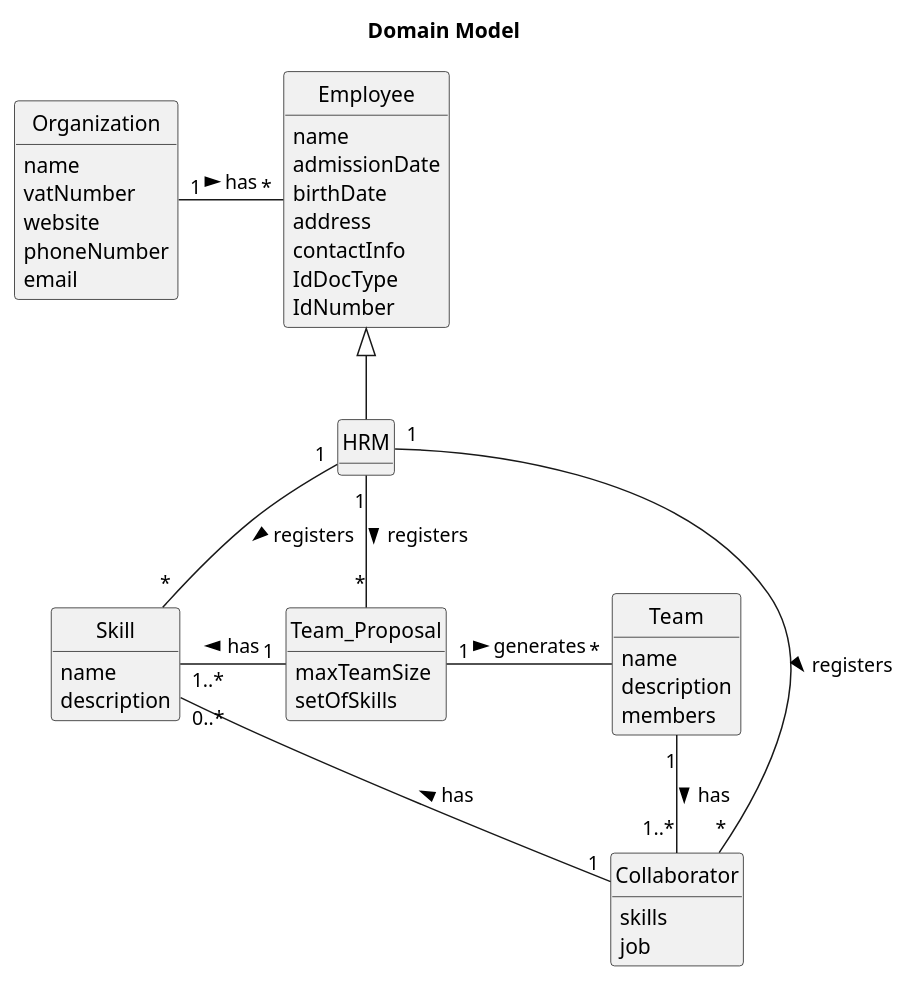
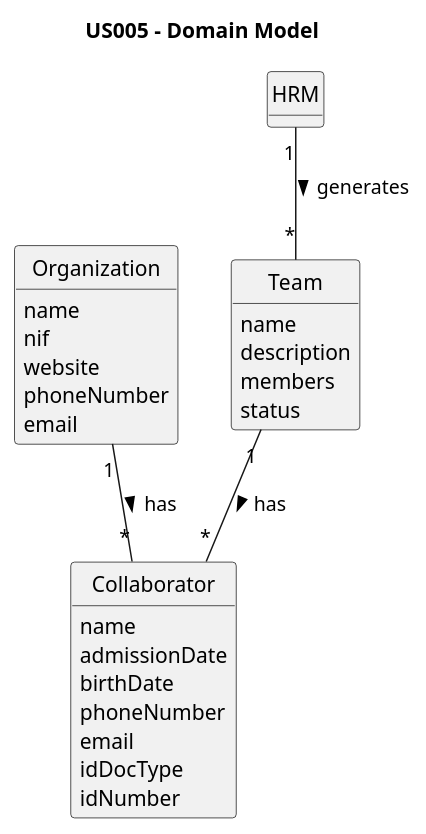
The diagram in docs/sprintA/us005/02.analysis/puml/us005-domain-model.puml (Rui-San/LAPR2_2023_2024), drawn with PlantUML before and after one commit. The commit also changed 3 other files, not shown here.

```diff
--- a/docs/sprintA/us005/02.analysis/puml/us005-domain-model.puml
+++ b/docs/sprintA/us005/02.analysis/puml/us005-domain-model.puml
@@ -1,66 +1,42 @@
 @startuml
 skinparam monochrome true
 skinparam packageStyle rectangle
 skinparam shadowing false
 'skinparam linetype ortho
-'left to right direction
+
+
 skinparam classAttributeIconSize 0
 hide circle
 hide methods
 
-title Domain Model
+title US005 - Domain Model
 
 class Organization {
     name
-    vatNumber
+    nif
     website
     phoneNumber
     email
-}
-
-class Employee {
-    name
-    admissionDate
-    birthDate
-    address
-    contactInfo
-    IdDocType
-    IdNumber
-}
-
-class HRM{
-
-}
-
-class Collaborator{
-    skills
-    job
-}
-
-class Skill{
-    name
-    description
-}
-
-class Team_Proposal{
-    maxTeamSize
-    setOfSkills
 }
 
 class Team{
     name
     description
     members
+    status
 }
 
-Organization "1" --right "*" Employee : "has >"
-HRM --up|> Employee
-HRM "1" -- "*" Collaborator : "registers >"
-HRM "1" -- "*" Skill : "registers >"
-Team_Proposal "1" --left "1..*" Skill : "has >"
-Collaborator "1" -- "0..*" Skill : "has >"
-HRM "1" --down "*" Team_Proposal : "registers >"
-Team_Proposal "1" --right "*" Team : "generates >"
-Team "1" -- "1..*" Collaborator : "has >"
+class Collaborator{
+    name
+    admissionDate
+    birthDate
+    phoneNumber
+    email
+    idDocType
+    idNumber
+}
 
+Organization "1" -- "*" Collaborator : "has >"
+Team "1" -- "*" Collaborator : "has >"
+HRM "1" -- "*" Team : "generates >"
 @enduml
```
